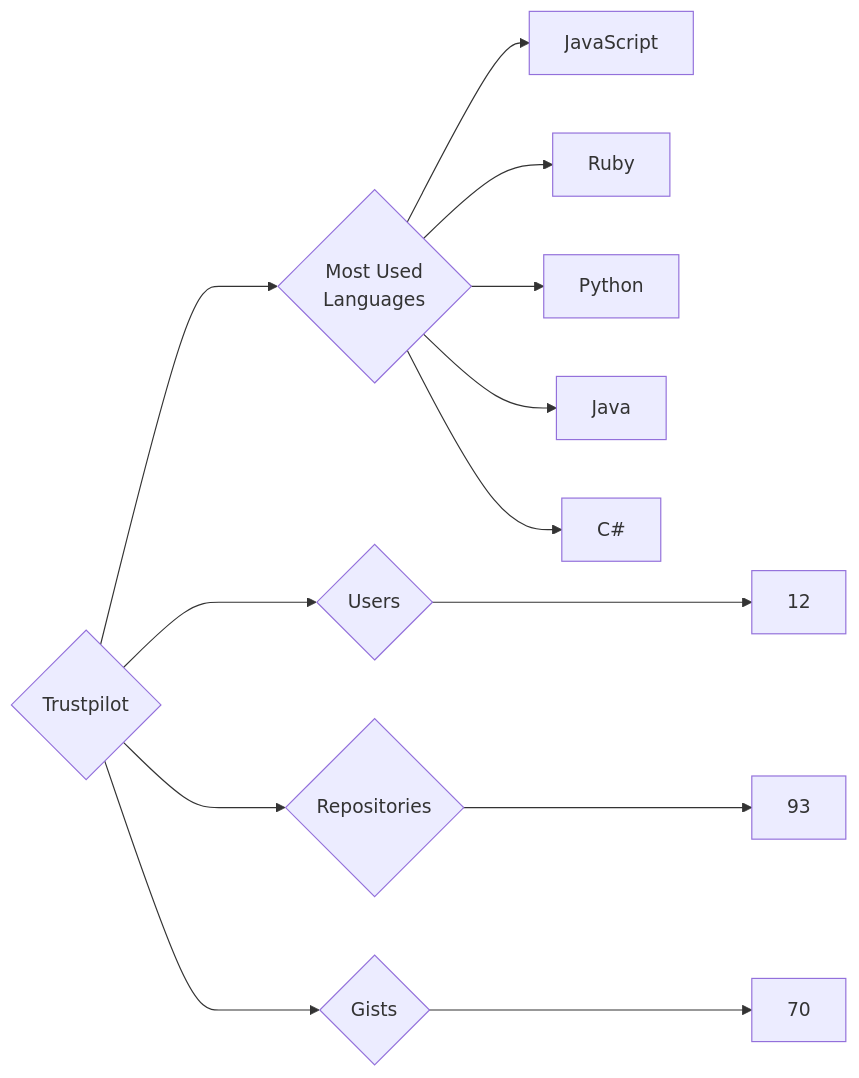
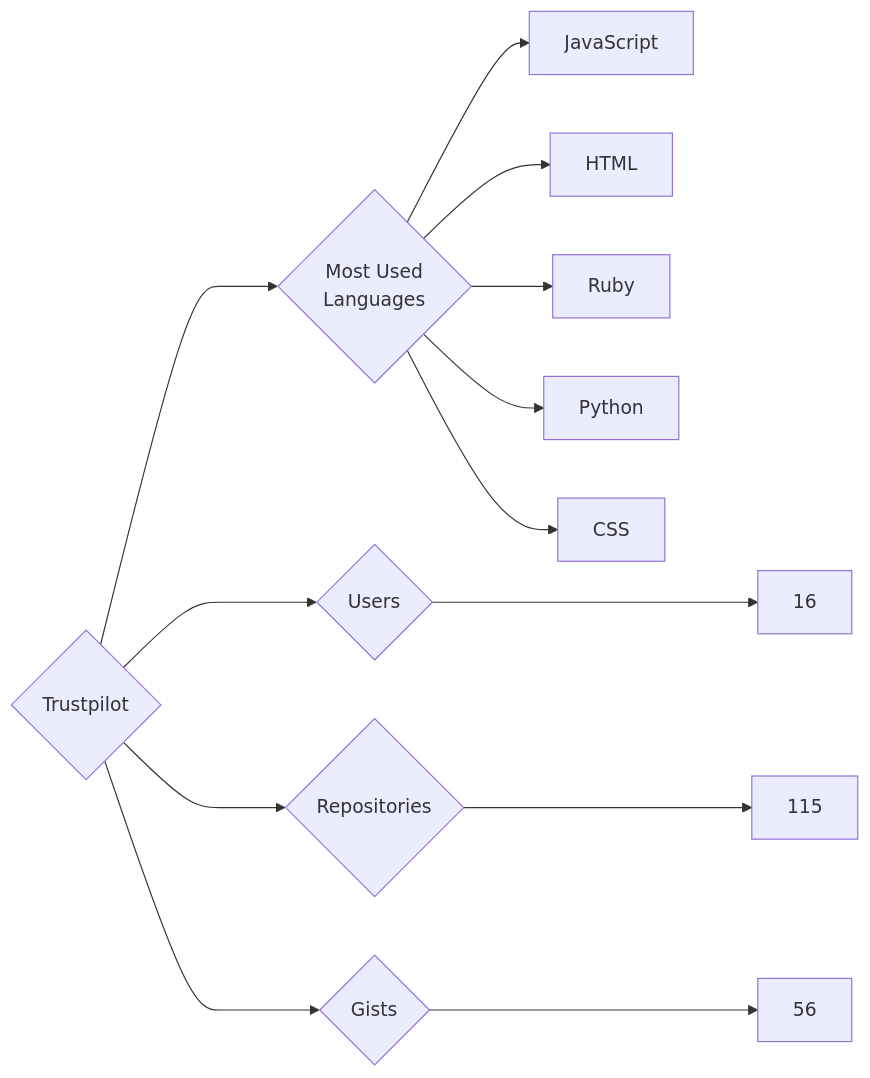
One commit to trickest/insiders changed the diagram in targets/Trustpilot/README.md. Above: the diagram before and after it, drawn with Mermaid. The commit also changed 969 other files, not shown here.

````diff
--- a/targets/Trustpilot/README.md
+++ b/targets/Trustpilot/README.md
@@ -3,13 +3,13 @@
 ```mermaid
 graph LR
 COMPANY_NAME{Trustpilot}
-COMPANY_NAME ---> U{Users} ---> UN[12]
-COMPANY_NAME ---> R{Repositories} ---> RN[93]
-COMPANY_NAME ---> G{Gists} ---> GN[70]
+COMPANY_NAME ---> U{Users} ---> UN[16]
+COMPANY_NAME ---> R{Repositories} ---> RN[115]
+COMPANY_NAME ---> G{Gists} ---> GN[56]
 COMPANY_NAME ---> ML{Most Used<br>Languages}
 ML --> JavaScript[JavaScript]
+ML --> HTML[HTML]
 ML --> Ruby[Ruby]
 ML --> Python[Python]
-ML --> Java[Java]
-ML --> C#[C#]
+ML --> CSS[CSS]
 ```
````
